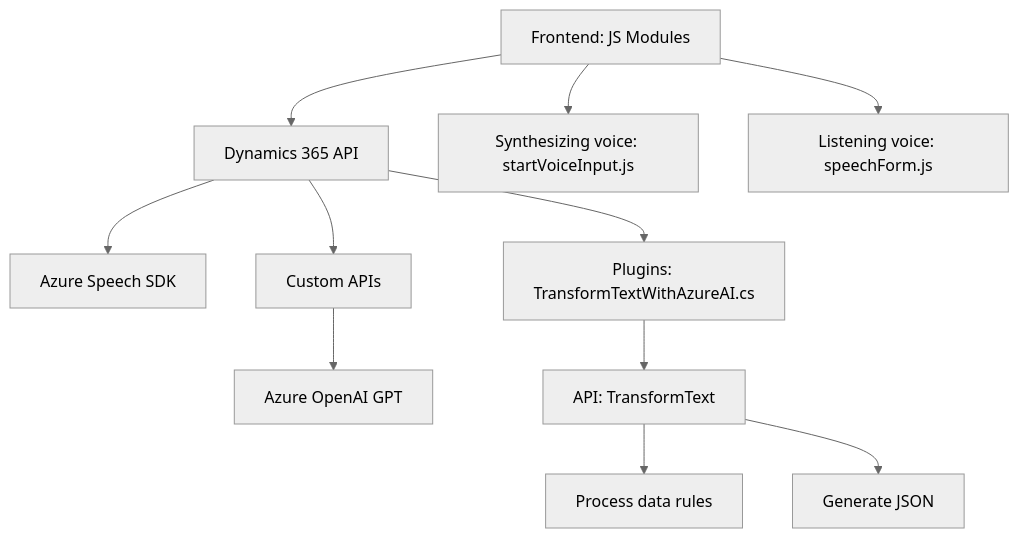
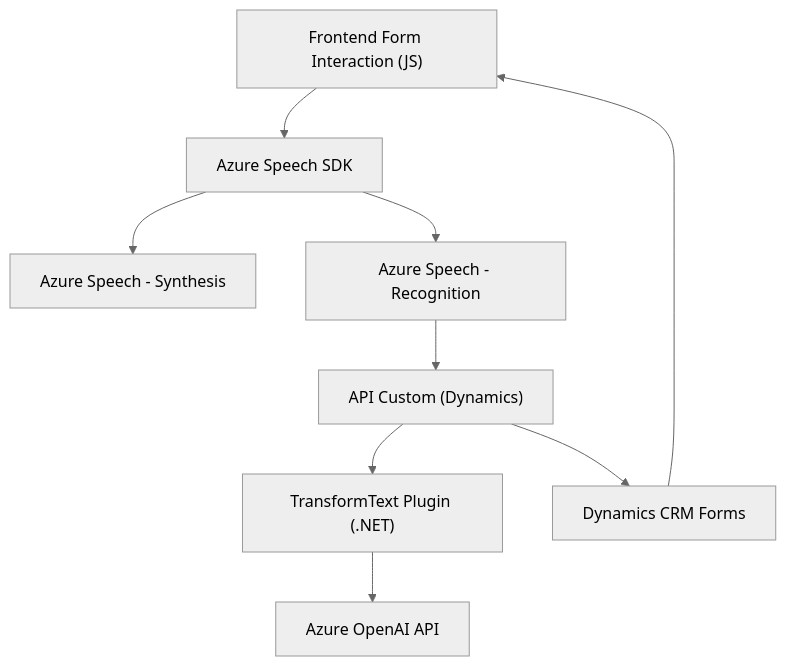
The diagram in README.md (blopezdm/NETCORE_BILBAO2025), drawn with Mermaid (neutral theme) before and after one commit. The commit also changed other lines of this file, not shown here.

````diff
--- a/README.md
+++ b/README.md
@@ -49,15 +54,20 @@
 ```mermaid
 graph TD
-    A["Frontend: JS Modules"] --> B["Dynamics 365 API"]
-    B --> C["Azure Speech SDK"]
-    B --> D["Custom APIs"]
-    D --> E["Azure OpenAI GPT"]
-    B --> F["Plugins: TransformTextWithAzureAI.cs"]
-
-    A --> G["Synthesizing voice: startVoiceInput.js"]
-    A --> H["Listening voice: speechForm.js"]
-
-    F --> I["API: TransformText"]
-    I --> J["Process data rules"]
-    I --> K["Generate JSON"]
+  A["Frontend Form Interaction (JS)"]
+  B["Azure Speech SDK"]
+  C["Azure Speech - Synthesis"]
+  D["Azure Speech - Recognition"]
+  E["API Custom (Dynamics)"]
+  F["Dynamics CRM Forms"]
+  G["Azure OpenAI API"]
+  H["TransformText Plugin (.NET)"]
+  
+  A --> B
+  B --> C
+  B --> D
+  D --> E
+  E --> H
+  H --> G
+  E --> F
+  F --> A
 ```
````
